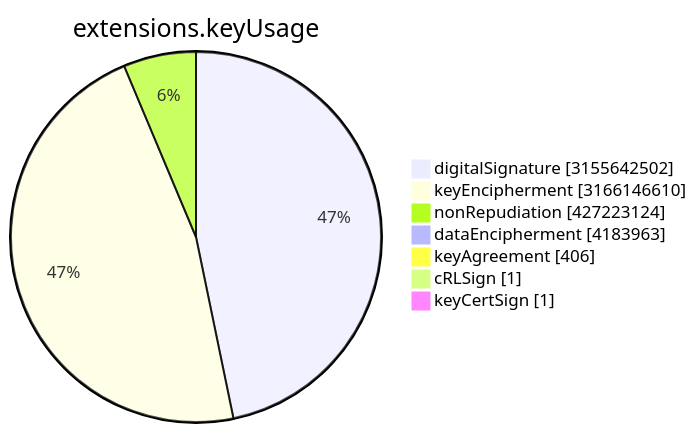
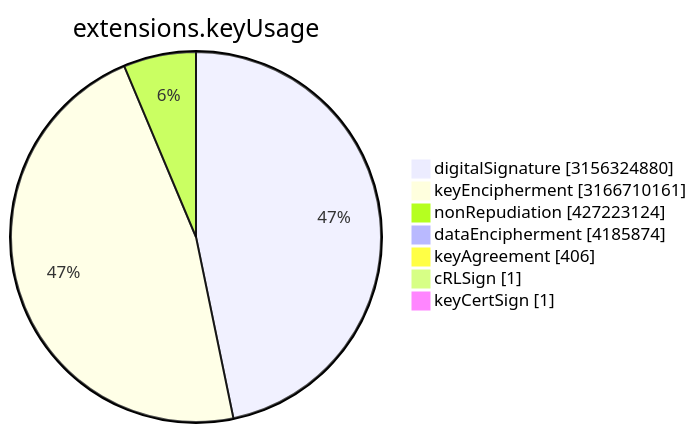
One commit to christiankrug/ctmonitor_visualization changed the sixth of 15 diagrams in TOTAL/README.md. Above: the diagram before and after it, drawn with Mermaid. The commit also changed other lines of this file, not shown here.

````diff
--- a/TOTAL/README.md
+++ b/TOTAL/README.md
@@ -3077,11 +3077,11 @@
 ```mermaid
 pie showData
 title extensions.keyUsage
-"digitalSignature" :3155642502
-"keyEncipherment" :3166146610
+"digitalSignature" :3156324880
+"keyEncipherment" :3166710161
 "nonRepudiation" :427223124
-"dataEncipherment" :4183963
+"dataEncipherment" :4185874
 "keyAgreement" :406
 "cRLSign" :1
 "keyCertSign" :1
 ```
````
